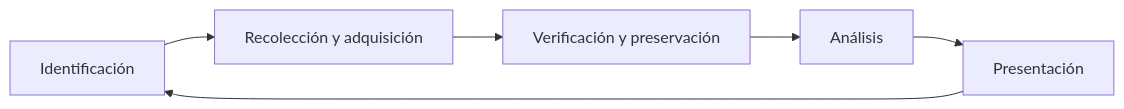
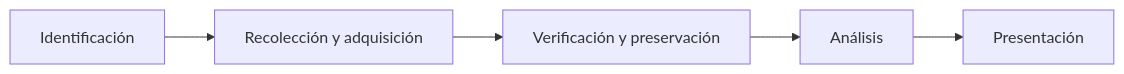
One commit to bedoyadaniel/forensics changed the second of 2 diagrams in docs/es/explainers/01-explainer-introduccion-forense-digital/01-explainer-introduccion-forense-digital.md. Above: the diagram before and after it, drawn with Mermaid. The commit also changed other lines of this file, not shown here.

````diff
--- a/docs/es/explainers/01-explainer-introduccion-forense-digital/01-explainer-introduccion-forense-digital.md
+++ b/docs/es/explainers/01-explainer-introduccion-forense-digital/01-explainer-introduccion-forense-digital.md
@@ -68,8 +95,7 @@
 ``` mermaid
 graph LR
   A[Identificación] --> B[Recolección y adquisición];
   B --> C[Verificación y preservación];
   C --> D[Análisis];
   D --> E[Presentación];
-  E --> A;
 ```
````
